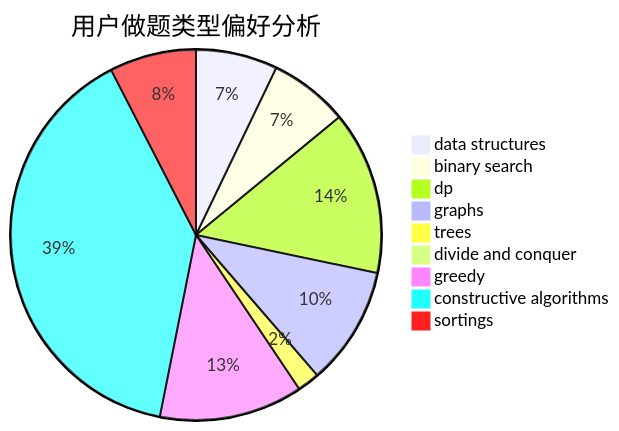
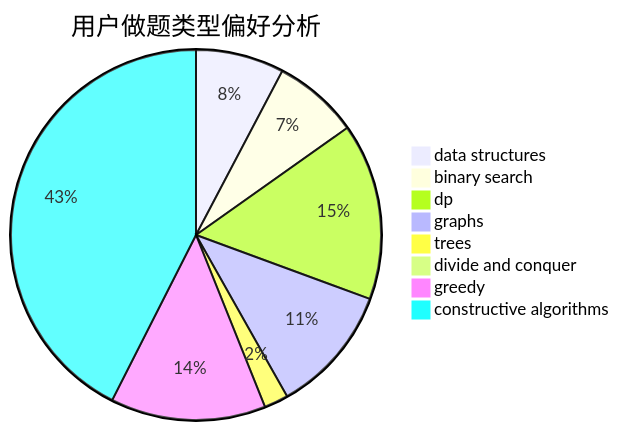
The second of 3 diagrams in docs/user/u1147.md (sherpahu/cfrs.github.io), drawn with Mermaid before and after one commit. The commit also changed other lines of this file and 2769 other files, not shown here.

````diff
--- a/docs/user/u1147.md
+++ b/docs/user/u1147.md
@@ -18,12 +18,11 @@
 ```mermaid
 pie title 用户做题类型偏好分析
     "data structures" :  33
     "binary search" :  32
     "dp" :  66
     "graphs" :  48
     "trees" :  9
     "divide and conquer" :  0
     "greedy" :  58
     "constructive algorithms" :  182
-    "sortings" :  35
 ```
````
